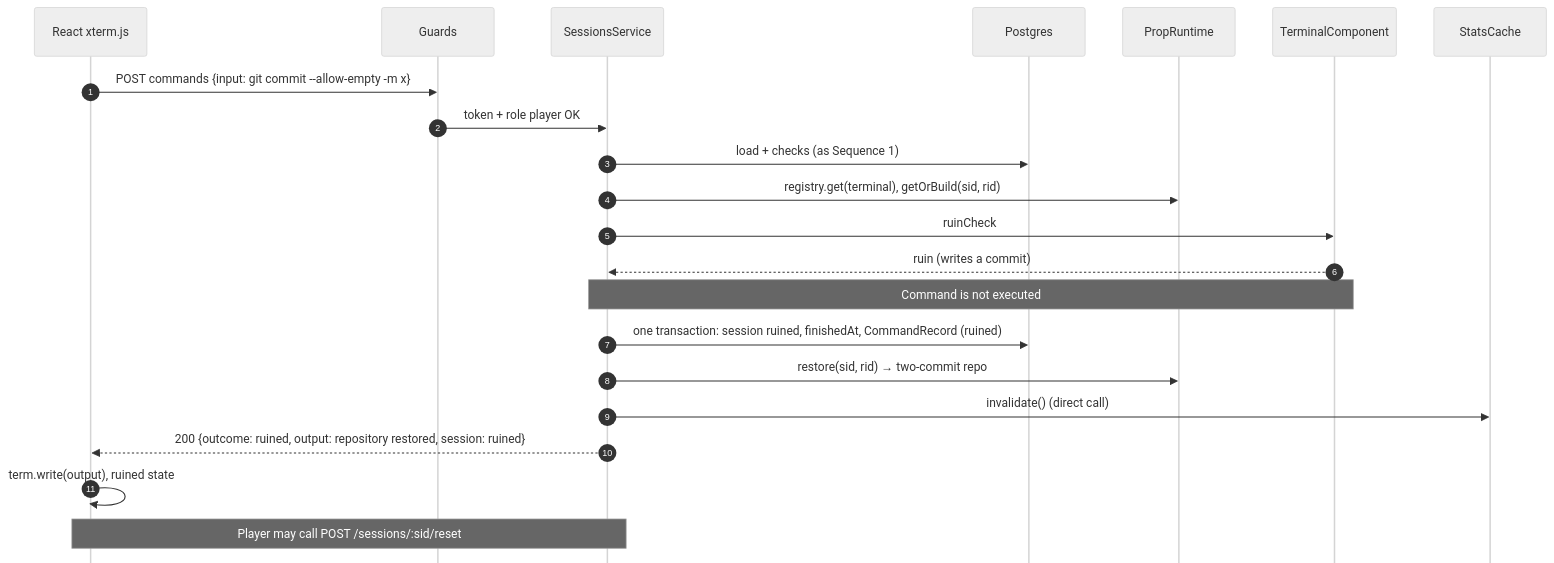
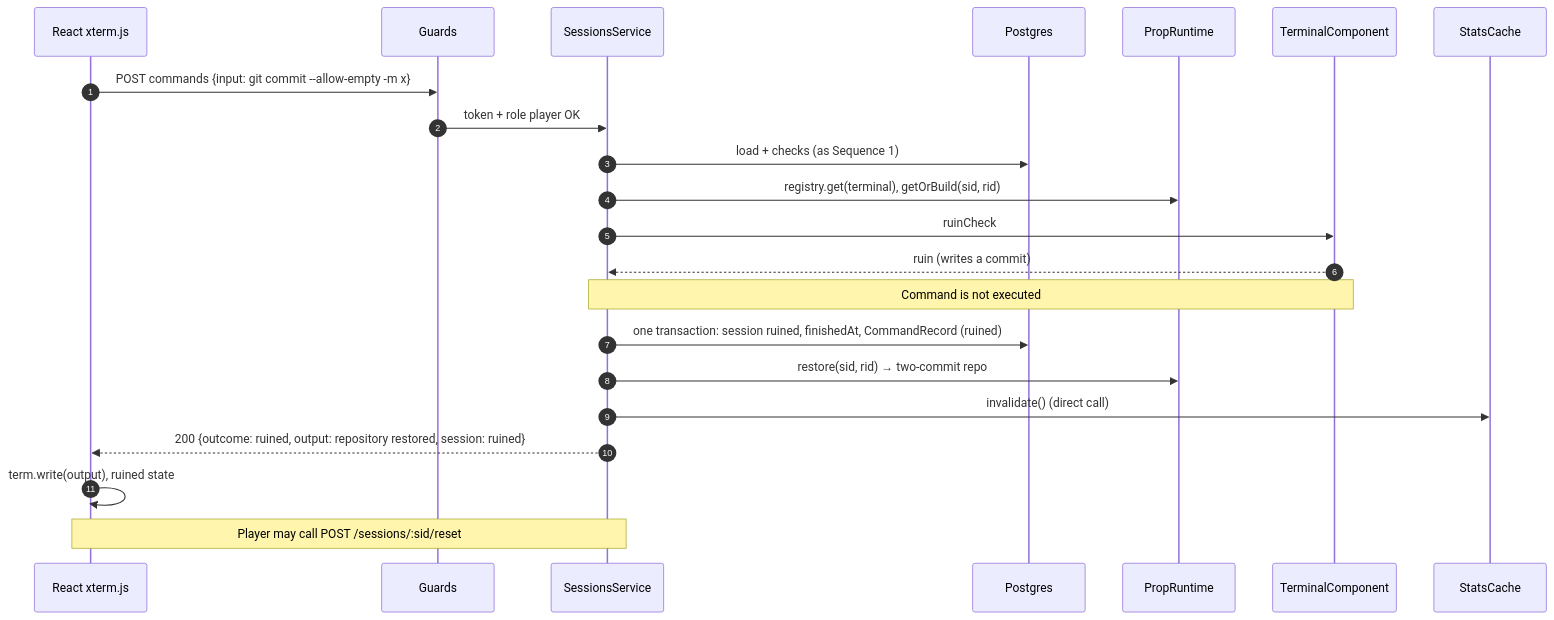
One commit to edenbuky/escapeRoom changed the seventh of 9 diagrams in DESIGN.md. Above: the diagram before and after it, drawn with Mermaid. The commit also changed other lines of this file and 1 other file, not shown here.

````diff
--- a/DESIGN.md
+++ b/DESIGN.md
@@ -553,26 +560,25 @@
 ```mermaid
-%%{init: {"theme": "neutral", "themeVariables": {"fontSize": "18px", "fontFamily": "Arial, Helvetica, sans-serif"}, "sequence": {"mirrorActors": false, "messageFontSize": 18, "actorFontSize": 18}}}%%
 sequenceDiagram
   autonumber
   participant UI as React xterm.js
   participant Auth as Guards
   participant Svc as SessionsService
   participant PG as Postgres
   participant Prop as PropRuntime
   participant Git as TerminalComponent
   participant Stats as StatsCache
 
   UI->>Auth: POST commands {input: git commit --allow-empty -m x}
   Auth->>Svc: token + role player OK
   Svc->>PG: load + checks (as Sequence 1)
   Svc->>Prop: registry.get(terminal), getOrBuild(sid, rid)
   Svc->>Git: ruinCheck
   Git-->>Svc: ruin (writes a commit)
   Note over Svc,Git: Command is not executed
   Svc->>PG: one transaction: session ruined, finishedAt, CommandRecord (ruined)
   Svc->>Prop: restore(sid, rid) → two-commit repo
   Svc->>Stats: invalidate() (direct call)
   Svc-->>UI: 200 {outcome: ruined, output: repository restored, session: ruined}
   UI->>UI: term.write(output), ruined state
   Note over UI,Svc: Player may call POST /sessions/:sid/reset
 ```
````
